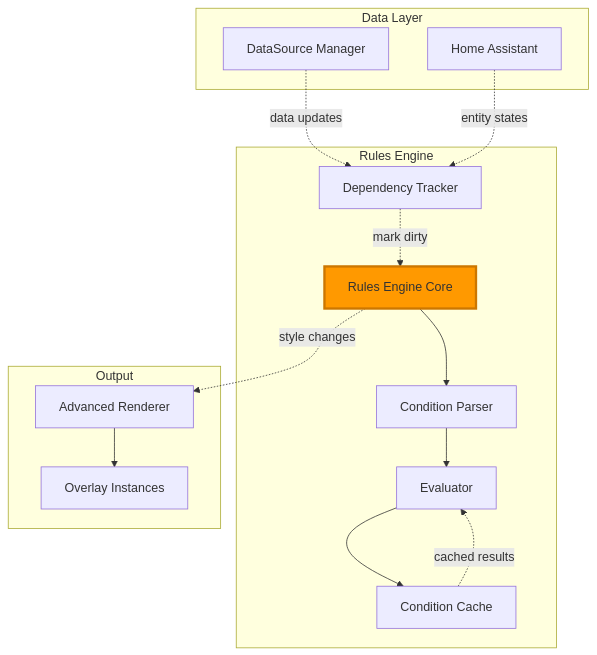
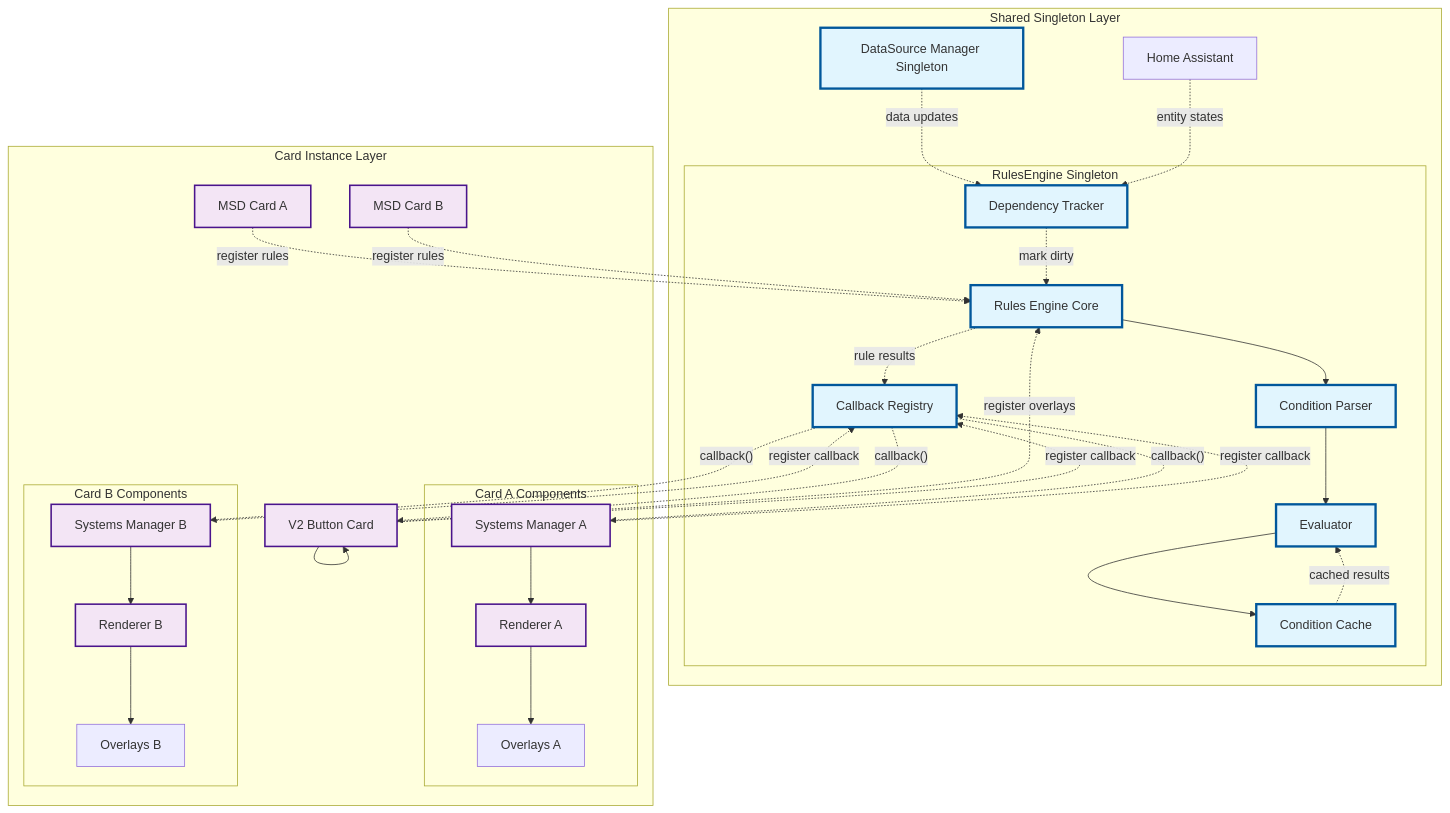
Before and after one commit to solhuebner/lcards: the first of 2 diagrams in doc/architecture/subsystems/rules-engine.md, drawn with Mermaid. The commit also changed other lines of this file and 15 other files, not shown here.

First line of the commit message:
feat: Refactor architecture to support singleton systems across LCARdS components

````diff
--- a/doc/architecture/subsystems/rules-engine.md
+++ b/doc/architecture/subsystems/rules-engine.md
@@ -53,34 +58,72 @@
 ```mermaid
 graph TB
-    subgraph "Data Layer"
-        DSM[DataSource Manager]
+    subgraph "Shared Singleton Layer"
+        DSM[DataSource Manager Singleton]
         HASS[Home Assistant]
+
+        subgraph "RulesEngine Singleton"
+            RE[Rules Engine Core]
+            CP[Condition Parser]
+            EV[Evaluator]
+            DT[Dependency Tracker]
+            Cache[Condition Cache]
+            Callbacks[Callback Registry]
+        end
     end
 
-    subgraph "Rules Engine"
-        RE[Rules Engine Core]
-        CP[Condition Parser]
-        EV[Evaluator]
-        DT[Dependency Tracker]
-        Cache[Condition Cache]
+    subgraph "Card Instance Layer"
+        CardA[MSD Card A]
+        CardB[MSD Card B]
+        CardC[V2 Button Card]
+
+        subgraph "Card A Components"
+            SMA[Systems Manager A]
+            ARA[Renderer A]
+            OvA[Overlays A]
+        end
+
+        subgraph "Card B Components"
+            SMB[Systems Manager B]
+            ARB[Renderer B]
+            OvB[Overlays B]
+        end
     end
 
-    subgraph "Output"
-        AR[Advanced Renderer]
-        Overlays[Overlay Instances]
-    end
+    %% Rule registration from cards
+    CardA -.register rules.-> RE
+    CardB -.register rules.-> RE
+    CardC -.register overlays.-> RE
 
+    %% Callback registration
+    SMA -.register callback.-> Callbacks
+    SMB -.register callback.-> Callbacks
+    CardC -.register callback.-> Callbacks
+
+    %% Data flow into RulesEngine
     DSM -.data updates.-> DT
     HASS -.entity states.-> DT
     DT -.mark dirty.-> RE
 
+    %% Internal RulesEngine flow
     RE --> CP
     CP --> EV
     EV --> Cache
     Cache -.cached results.-> EV
 
-    RE -.style changes.-> AR
-    AR --> Overlays
+    %% Results distribution to ALL cards
+    RE -.rule results.-> Callbacks
+    Callbacks -.callback().-> SMA
+    Callbacks -.callback().-> SMB
+    Callbacks -.callback().-> CardC
 
-    style RE fill:#ff9900,stroke:#cc7700,stroke-width:3px
+    %% Card-specific rendering
+    SMA --> ARA --> OvA
+    SMB --> ARB --> OvB
+    CardC --> CardC
+
+    classDef singleton fill:#e1f5fe,stroke:#01579b,stroke-width:3px
+    classDef card fill:#f3e5f5,stroke:#4a148c,stroke-width:2px
+
+    class DSM,RE,CP,EV,DT,Cache,Callbacks singleton
+    class CardA,CardB,CardC,SMA,SMB,ARA,ARB card
 ```
````
